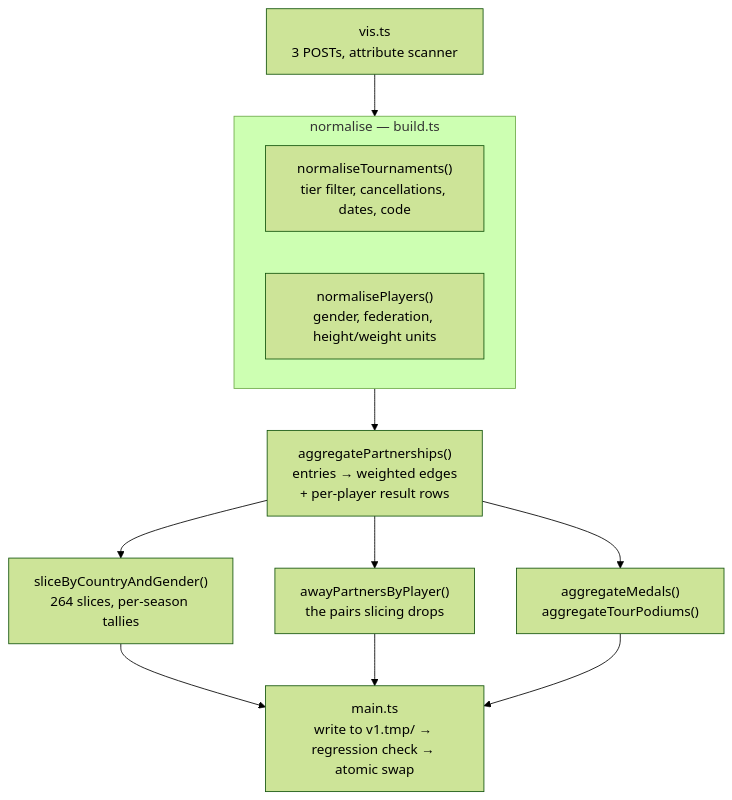
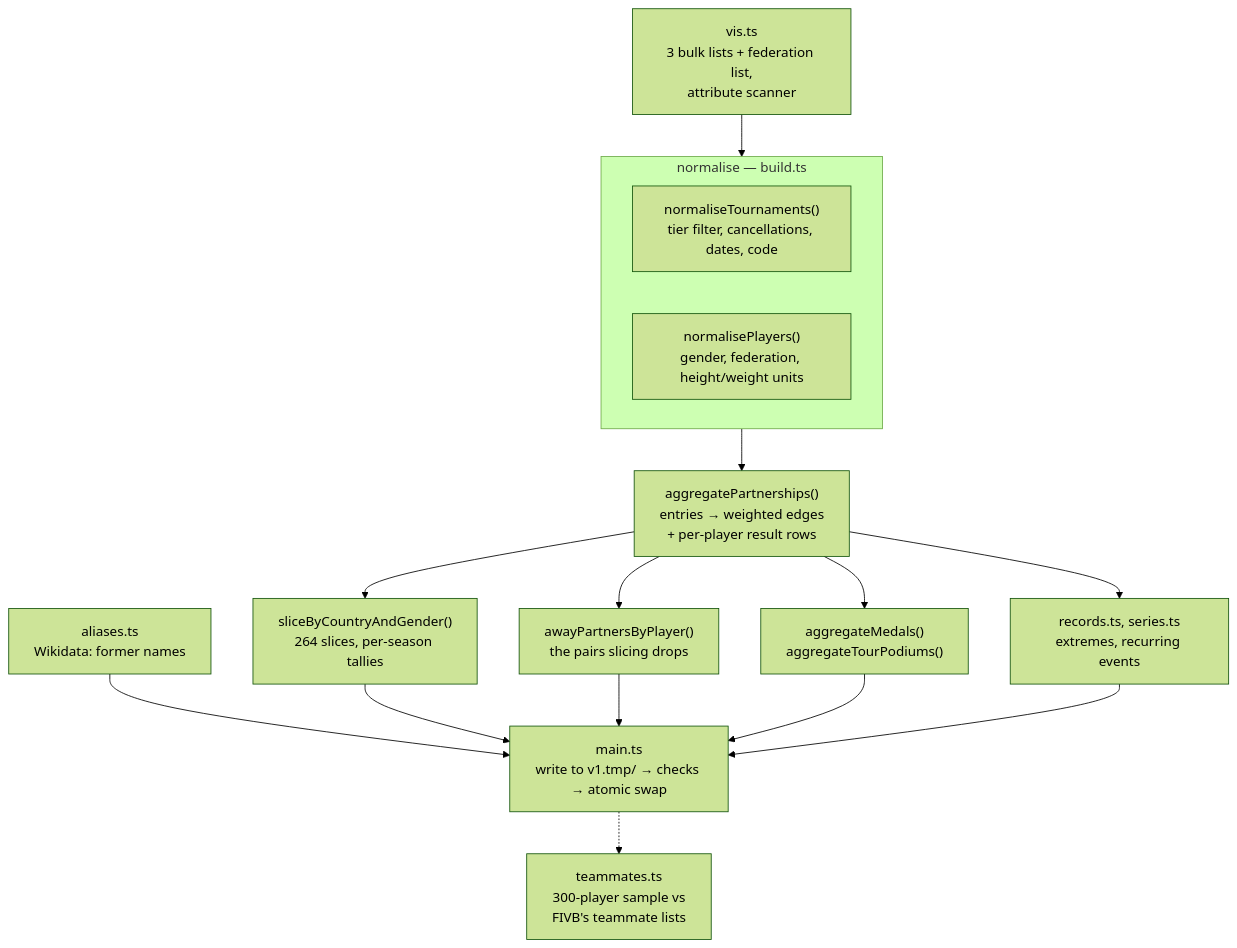
The diagram in docs/implementation.md (eduardopicado/beachvolleyballgraph), drawn with Mermaid (forest theme) before and after one commit. The commit also changed other lines of this file and 7 other files, not shown here.

````diff
--- a/docs/implementation.md
+++ b/docs/implementation.md
@@ -29,17 +29,21 @@
 ```mermaid
 flowchart TD
-  V["vis.ts<br/>3 POSTs, attribute scanner"] --> N
+  V["vis.ts<br/>3 bulk lists + federation list,<br/>attribute scanner"] --> N
 
   subgraph N["normalise — build.ts"]
     NT["normaliseTournaments()<br/>tier filter, cancellations, dates, code"]
     NP["normalisePlayers()<br/>gender, federation, height/weight units"]
   end
 
   N --> AG["aggregatePartnerships()<br/>entries → weighted edges<br/>+ per-player result rows"]
   AG --> SL["sliceByCountryAndGender()<br/>264 slices, per-season tallies"]
   AG --> AW["awayPartnersByPlayer()<br/>the pairs slicing drops"]
   AG --> MD["aggregateMedals()<br/>aggregateTourPodiums()"]
-  SL --> W["main.ts<br/>write to v1.tmp/ → regression check → atomic swap"]
+  AG --> RS["records.ts, series.ts<br/>extremes, recurring events"]
+  WD["aliases.ts<br/>Wikidata: former names"] --> W
+  SL --> W["main.ts<br/>write to v1.tmp/ → checks → atomic swap"]
   AW --> W
   MD --> W
+  RS --> W
+  W -.-> TM["teammates.ts<br/>300-player sample vs<br/>FIVB's teammate lists"]
 ```
````
